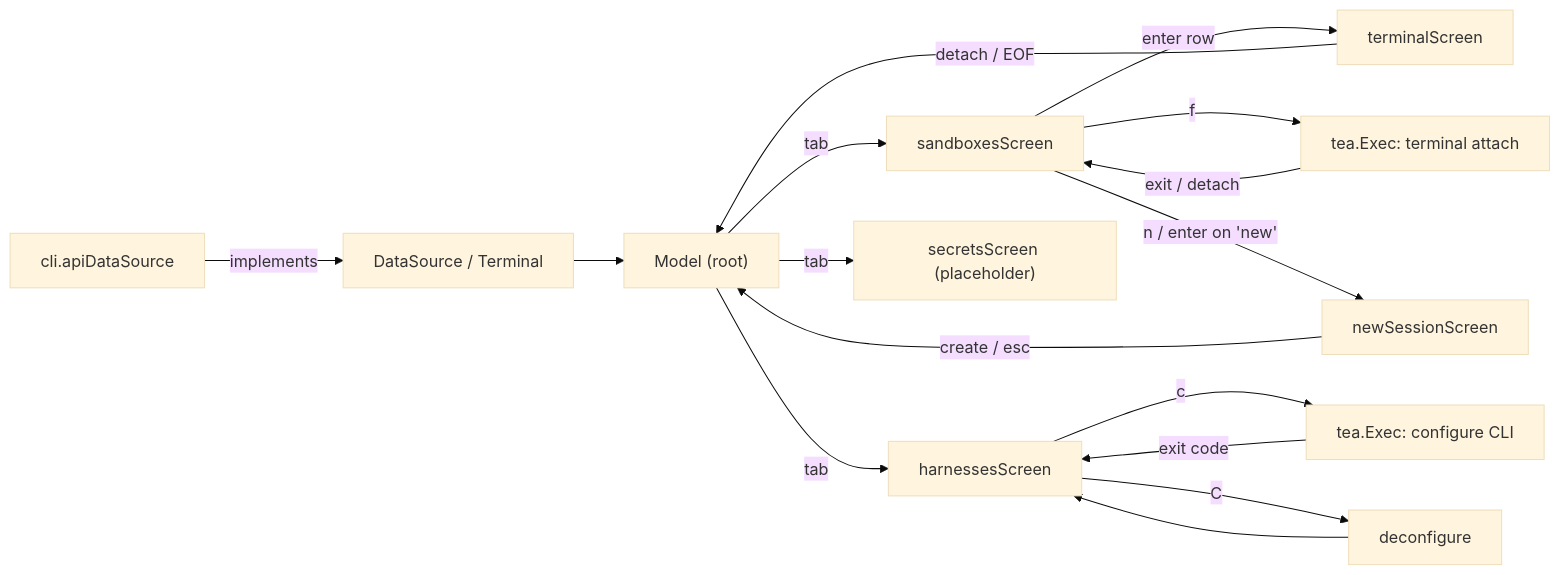
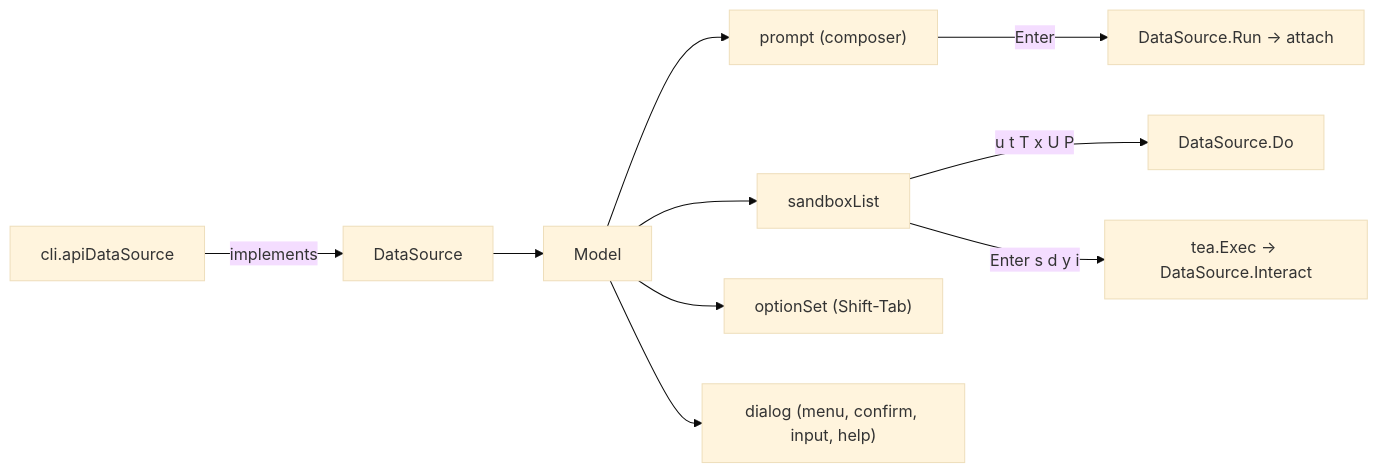
One commit to discobox-ai/discobox changed the diagram in cli/internal/tui/DESIGN.md. Above: the diagram before and after it, drawn with Mermaid (base theme). The commit also changed other lines of this file and 69 other files, not shown here.

````diff
--- a/cli/internal/tui/DESIGN.md
+++ b/cli/internal/tui/DESIGN.md
@@ -11,18 +12,12 @@
 ```mermaid
 flowchart LR
-    CLI["cli.apiDataSource"] -->|implements| DS["DataSource / Terminal"]
-    DS --> Root["Model (root)"]
-    Root -->|tab| List["sandboxesScreen"]
-    Root -->|tab| Agents["harnessesScreen"]
-    Root -->|tab| Secrets["secretsScreen (placeholder)"]
-    List -->|enter row| Term["terminalScreen"]
-    List -->|f| Fullscreen["tea.Exec: terminal attach"]
-    List -->|n / enter on 'new'| Form["newSessionScreen"]
-    Agents -->|c| Configure["tea.Exec: configure CLI"]
-    Agents -->|C| Deconfigure["deconfigure"]
-    Term -->|detach / EOF| Root
-    Form -->|create / esc| Root
-    Configure -->|exit code| Agents
-    Deconfigure --> Agents
-    Fullscreen -->|exit / detach| List
+    CLI["cli.apiDataSource"] -->|implements| DS["DataSource"]
+    DS --> M["Model"]
+    M --> P["prompt (composer)"]
+    M --> L["sandboxList"]
+    M --> O["optionSet (Shift-Tab)"]
+    M --> D["dialog (menu, confirm, input, help)"]
+    P -->|Enter| Run["DataSource.Run → attach"]
+    L -->|u t T x U P| Verb["DataSource.Do"]
+    L -->|Enter s d y i| Exec["tea.Exec → DataSource.Interact"]
 ```
````
